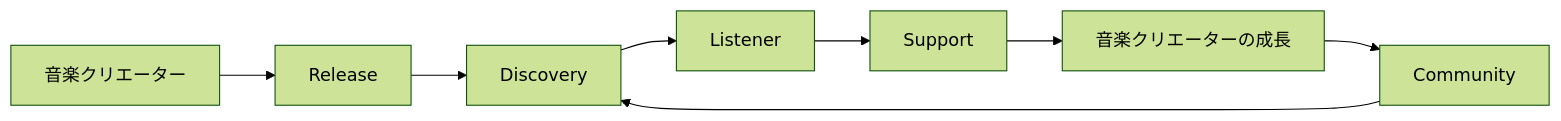
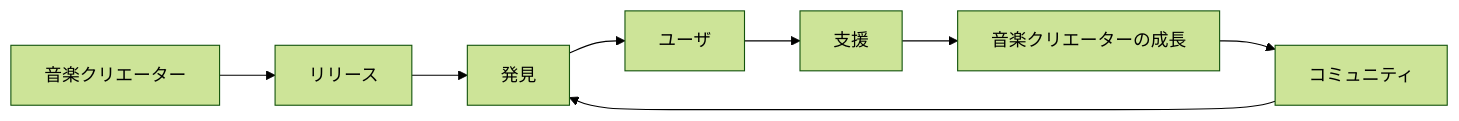
Before and after one commit to ShigeichiroYamasaki/creator-first-platform: the first of 35 diagrams in docs/whitepaper/08-discovery-community.md, drawn with Mermaid (forest theme). The commit also changed other lines of this file and 72 other files, not shown here.

````diff
--- a/docs/whitepaper/08-discovery-community.md
+++ b/docs/whitepaper/08-discovery-community.md
@@ -33,15 +33,15 @@
 ```mermaid
 flowchart LR
     CREATE[音楽クリエーター]
-    RELEASE[Release]
-    DISCOVER[Discovery]
-    USER[Listener]
-    SUPPORT[Support]
+    RELEASE[リリース]
+    DISCOVER[発見]
+    USER[ユーザ]
+    SUPPORT[支援]
     GROW[音楽クリエーターの成長]
-    COMMUNITY[Community]
+    COMMUNITY[コミュニティ]
 
     CREATE --> RELEASE --> DISCOVER --> USER
     USER --> SUPPORT --> GROW
     GROW --> COMMUNITY
     COMMUNITY --> DISCOVER
 ```
````
